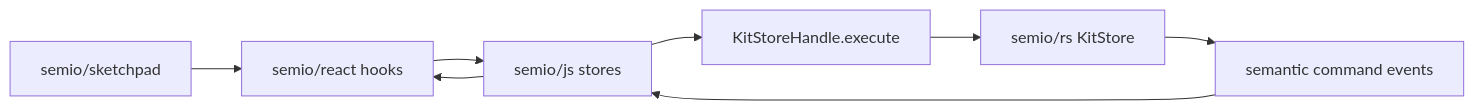
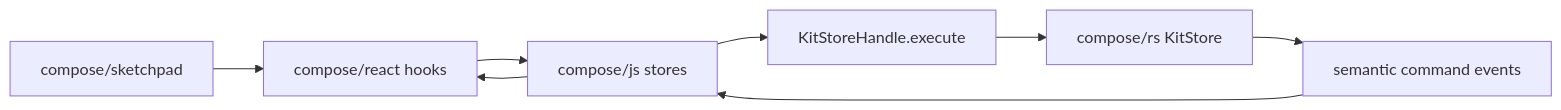
Before and after one commit to usalu/semio: the diagram in .repo/🎫/26/04/26/SKETCHPAD-KIT-HOOK-REFACTOR/kit_hook_refactor_c3b7b4a7.plan.md, drawn with Mermaid. The commit also changed other lines of this file and 7735 other files, not shown here.

````diff
--- a/.repo/🎫/26/04/26/SKETCHPAD-KIT-HOOK-REFACTOR/kit_hook_refactor_c3b7b4a7.plan.md
+++ b/.repo/🎫/26/04/26/SKETCHPAD-KIT-HOOK-REFACTOR/kit_hook_refactor_c3b7b4a7.plan.md
@@ -37,10 +37,10 @@
 ```mermaid
 flowchart LR
-  Sketchpad[semio/sketchpad] --> ReactHooks[semio/react hooks]
-  ReactHooks --> JsStores[semio/js stores]
+  Sketchpad[compose/sketchpad] --> ReactHooks[compose/react hooks]
+  ReactHooks --> JsStores[compose/js stores]
   JsStores --> Execute[KitStoreHandle.execute]
-  Execute --> RustStore[semio/rs KitStore]
+  Execute --> RustStore[compose/rs KitStore]
   RustStore --> Events[semantic command events]
   Events --> JsStores
   JsStores --> ReactHooks
 ```
````
